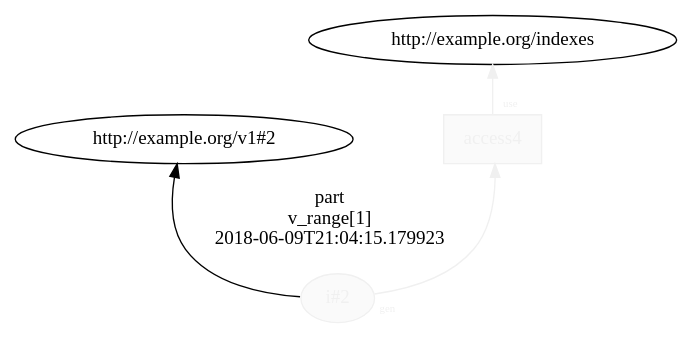
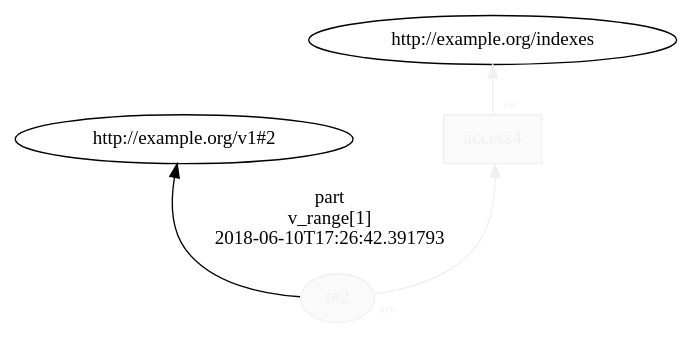
Before and after one commit to dew-uff/versioned-prov: the diagram in generated/mutable_prov/temp/L10__loop_access_2.dot, drawn with Graphviz. The commit also changed 947 other files, not shown here.

```diff
--- a/generated/mutable_prov/temp/L10__loop_access_2.dot
+++ b/generated/mutable_prov/temp/L10__loop_access_2.dot
@@ -1,9 +1,9 @@
 digraph "PROV" { size="16,12"; rankdir="BT";
 "http://example.org/i#2" [fillcolor="#FAFAFA",color="#F0F0F0",style="filled",fontcolor="#F0F0F0",label="i#2",URL="http://example.org/i#2"]
 "http://example.org/i#2" -> "http://example.org/v1#2" [fontsize="14",distance="1.5",angle="60.0",rotation="20",label="part
 v_range[1]
-2018-06-09T21:04:15.179923"]
+2018-06-10T17:26:42.391793"]
 "http://example.org/access4" [fillcolor="#FAFAFA",color="#F0F0F0",shape="polygon",sides="4",style="filled",fontcolor="#F0F0F0",label="access4",URL="http://example.org/access4"]
 "http://example.org/access4" -> "http://example.org/indexes" [labelfontsize="8",labeldistance="1.5",labelangle="60.0",rotation="20",taillabel="use",fontcolor="#F0F0F0",color="#F0F0F0"]
 "http://example.org/i#2" -> "http://example.org/access4" [labelfontsize="8",labeldistance="1.5",labelangle="60.0",rotation="20",taillabel="gen",fontcolor="#F0F0F0",color="#F0F0F0"]
 }
```
